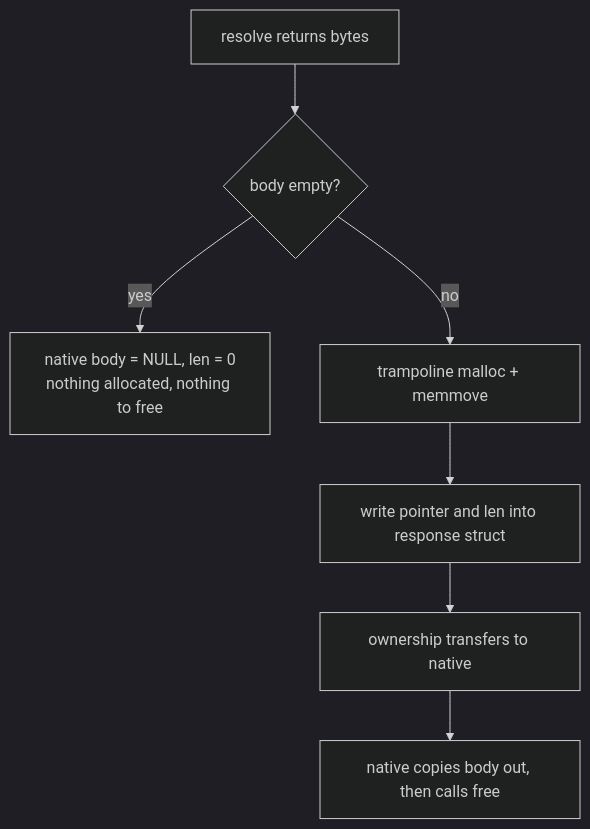
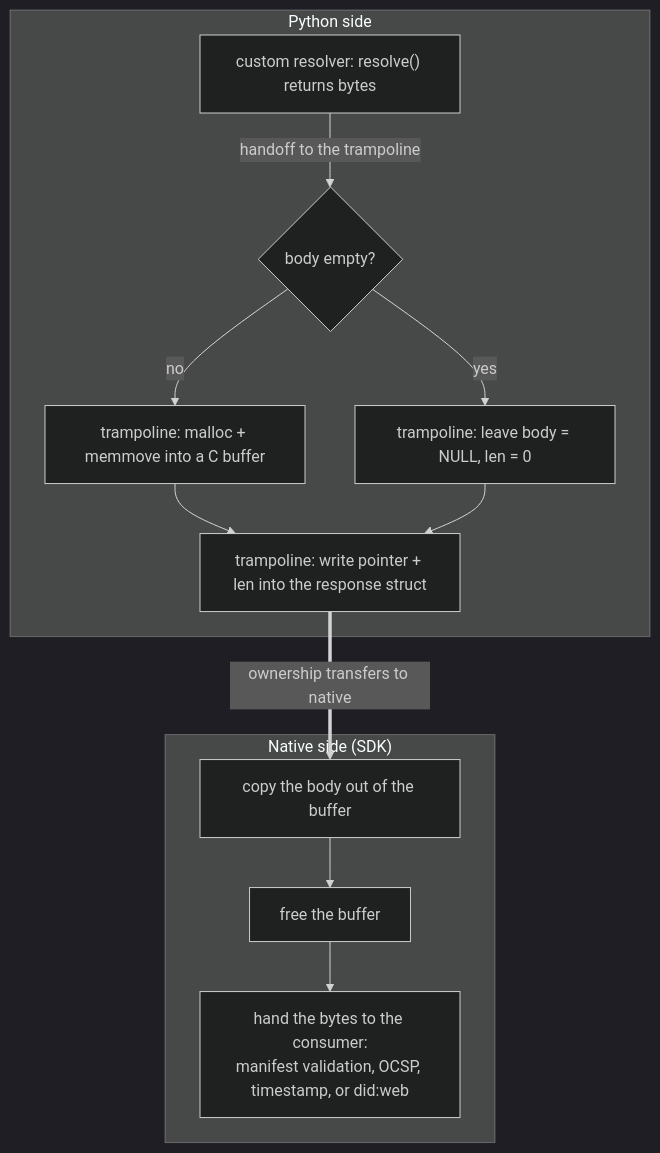
Before and after one commit to contentauth/c2pa-python: the fourth of 4 diagrams in tests/http_resolver/README.md, drawn with Mermaid (dark theme). The commit also changed other lines of this file, not shown here.

````diff
--- a/tests/http_resolver/README.md
+++ b/tests/http_resolver/README.md
@@ -173,9 +173,15 @@
 ```mermaid
 flowchart TD
-    A[resolve returns bytes] --> B{body empty?}
-    B -- yes --> C[native body = NULL, len = 0<br/>nothing allocated, nothing to free]
-    B -- no --> D[trampoline malloc + memmove]
-    D --> E[write pointer and len into response struct]
-    E --> F[ownership transfers to native]
-    F --> G[native copies body out, then calls free]
+    subgraph PY["Python side"]
+        A["custom resolver: resolve() returns bytes"] -->|handoff to the trampoline| B{body empty?}
+        B -- no --> D["trampoline: malloc + memmove into a C buffer"]
+        B -- yes --> C["trampoline: leave body = NULL, len = 0"]
+        D --> E["trampoline: write pointer + len into the response struct"]
+        C --> E
+    end
+    E ==>|ownership transfers to native| F
+    subgraph NA["Native side (SDK)"]
+        F["copy the body out of the buffer"] --> G["free the buffer"]
+        G --> H["hand the bytes to the consumer:<br/>manifest validation, OCSP, timestamp, or did:web"]
+    end
 ```
````
